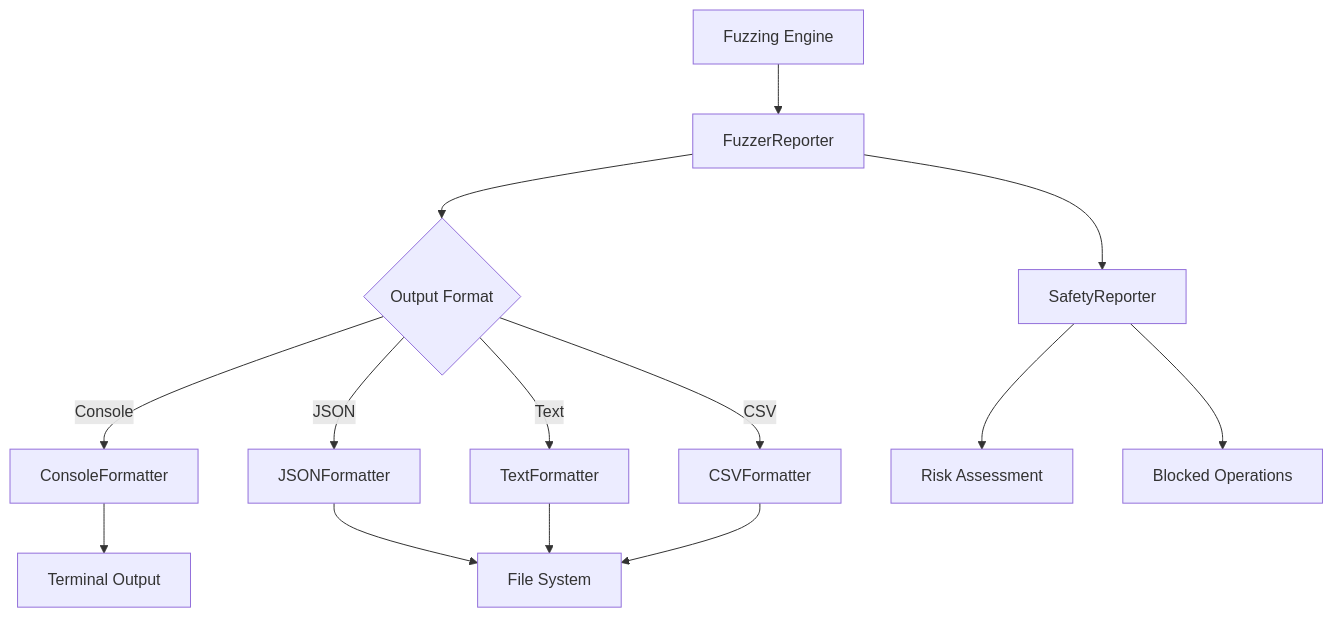
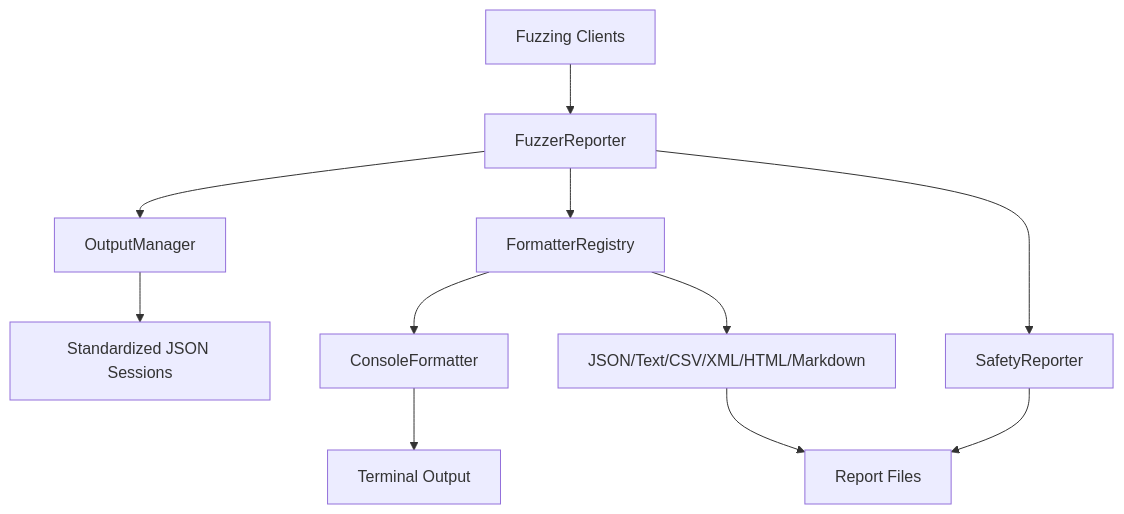
The fifth of 8 diagrams in docs/architecture/architecture.md (Agent-Hellboy/mcp-server-fuzzer), drawn with Mermaid before and after one commit. The commit also changed other lines of this file and 24 other files, not shown here.

````diff
--- a/docs/architecture/architecture.md
+++ b/docs/architecture/architecture.md
@@ -504,18 +506,16 @@
 ```mermaid
 graph TD
-    A[Fuzzing Engine] --> B[FuzzerReporter]
-    B --> C{Output Format}
-    C -->|Console| D[ConsoleFormatter]
-    C -->|JSON| E[JSONFormatter]
-    C -->|Text| F[TextFormatter]
-    C -->|CSV| G[CSVFormatter]
+    A[Fuzzing Clients] --> B[FuzzerReporter]
+    B --> C[OutputManager]
+    C --> D[Standardized JSON Sessions]
+
+    B --> E[FormatterRegistry]
+    E --> F[ConsoleFormatter]
+    E --> G[JSON/Text/CSV/XML/HTML/Markdown]
 
     B --> H[SafetyReporter]
-    H --> I[Risk Assessment]
-    H --> J[Blocked Operations]
 
-    D --> K[Terminal Output]
-    E --> L[File System]
-    F --> L
-    G --> L
+    F --> I[Terminal Output]
+    G --> J[Report Files]
+    H --> J
 ```
````
